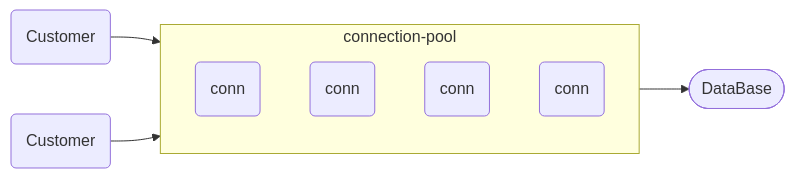
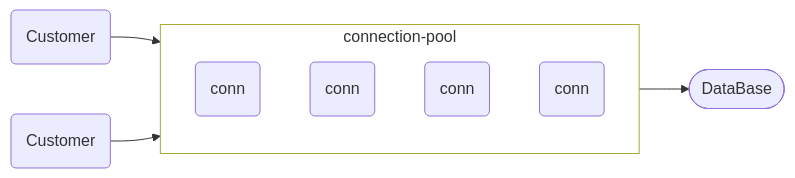
One commit to domeniczz/learnJavaDev changed the second of 3 diagrams in Basics/Java数据库.md. Above: the diagram before and after it, drawn with Mermaid. The commit also changed other lines of this file and 6 other files, not shown here.

````diff
--- a/Basics/Java数据库.md
+++ b/Basics/Java数据库.md
@@ -4050,12 +4079,14 @@
 ```mermaid
 flowchart LR
   subgraph connection-pool
     B("conn")
     C("conn")
     D("conn")
     E("conn")
   end
   A1("Customer") --> connection-pool
   A2("Customer") --> connection-pool
   connection-pool --> F(["DataBase"])
+  classDef subgraphstyle fill:transparent
+  class connection-pool subgraphstyle
 ```
````
